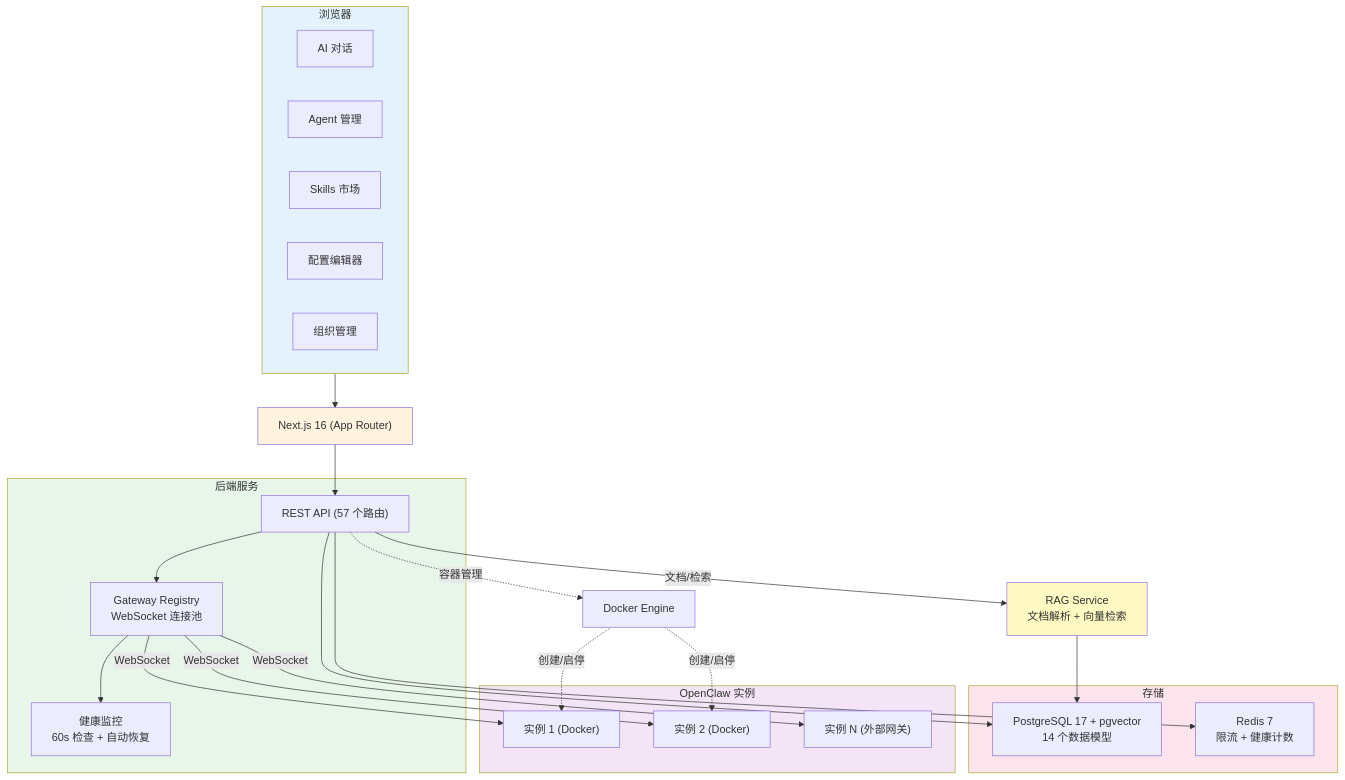
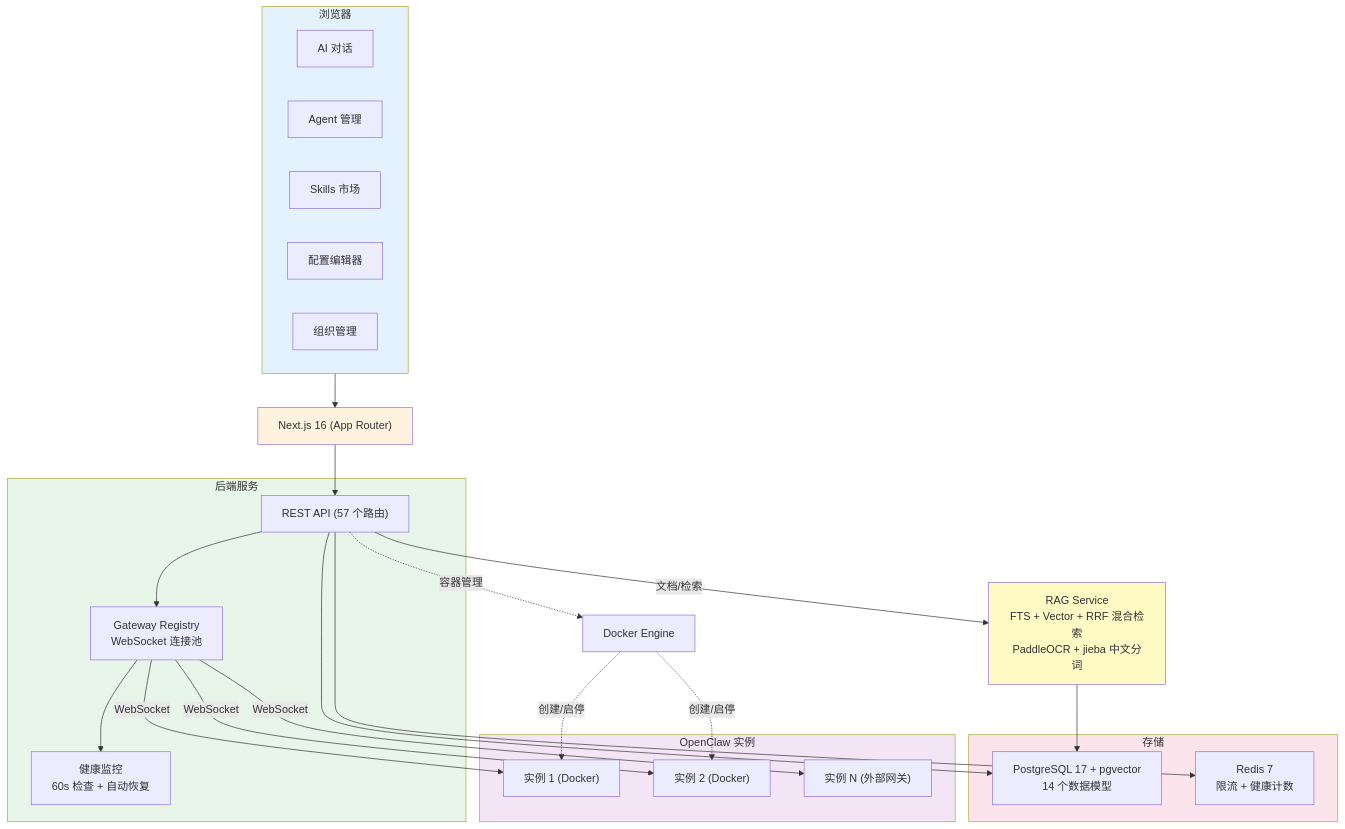
The first of 2 diagrams in README.md (szsip239/teamclaw), drawn with Mermaid before and after one commit. The commit also changed other lines of this file and 482 other files, not shown here.

````diff
--- a/README.md
+++ b/README.md
@@ -219,55 +342,55 @@
 ```mermaid
 graph TB
     subgraph Client["浏览器"]
         Chat["AI 对话"]
         AgentUI["Agent 管理"]
         SkillUI["Skills 市场"]
         ConfigUI["配置编辑器"]
         OrgUI["组织管理"]
     end
 
     NextJS["Next.js 16 (App Router)"]
 
     subgraph Backend["后端服务"]
         API["REST API (57 个路由)"]
         GW["Gateway Registry<br/>WebSocket 连接池"]
         Health["健康监控<br/>60s 检查 + 自动恢复"]
     end
 
     subgraph Storage["存储"]
         PG["PostgreSQL 17 + pgvector<br/>14 个数据模型"]
         RD["Redis 7<br/>限流 + 健康计数"]
     end
 
-    RAG["RAG Service<br/>文档解析 + 向量检索"]
+    RAG["RAG Service<br/>FTS + Vector + RRF 混合检索<br/>PaddleOCR + jieba 中文分词"]
 
     subgraph Instances["OpenClaw 实例"]
         OC1["实例 1 (Docker)"]
         OC2["实例 2 (Docker)"]
         OCN["实例 N (外部网关)"]
     end
 
     DK["Docker Engine"]
 
     Client --> NextJS
     NextJS --> API
     API --> GW
     API --> PG
     API --> RD
     API -- "文档/检索" --> RAG
     RAG --> PG
     GW --> Health
     GW -- "WebSocket" --> OC1
     GW -- "WebSocket" --> OC2
     GW -- "WebSocket" --> OCN
     API -. "容器管理" .-> DK
     DK -. "创建/启停" .-> OC1
     DK -. "创建/启停" .-> OC2
 
     style Client fill:#e3f2fd
     style NextJS fill:#fff3e0
     style Backend fill:#e8f5e9
     style Storage fill:#fce4ec
     style RAG fill:#fff9c4
     style Instances fill:#f3e5f5
 ```
````
